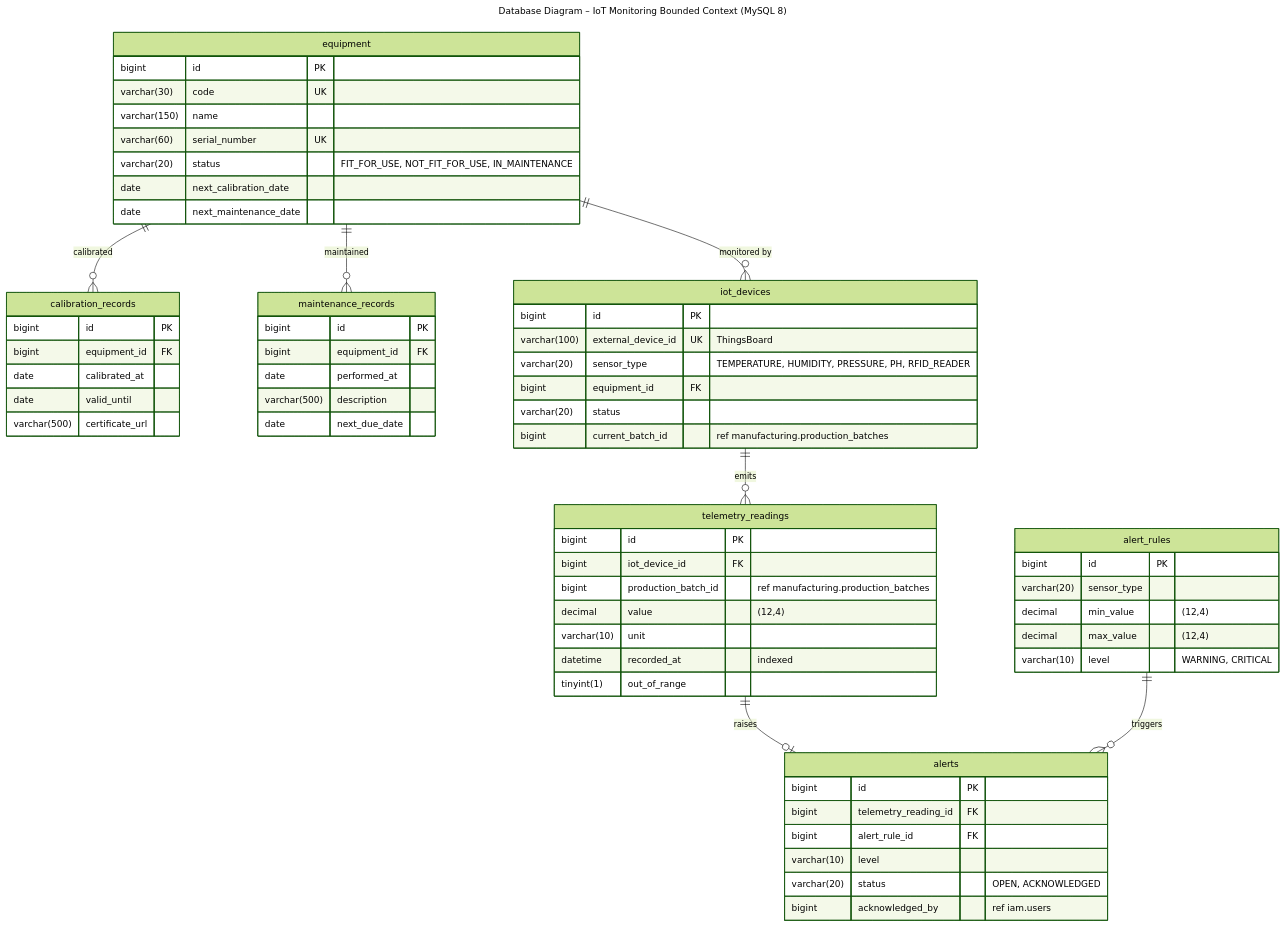
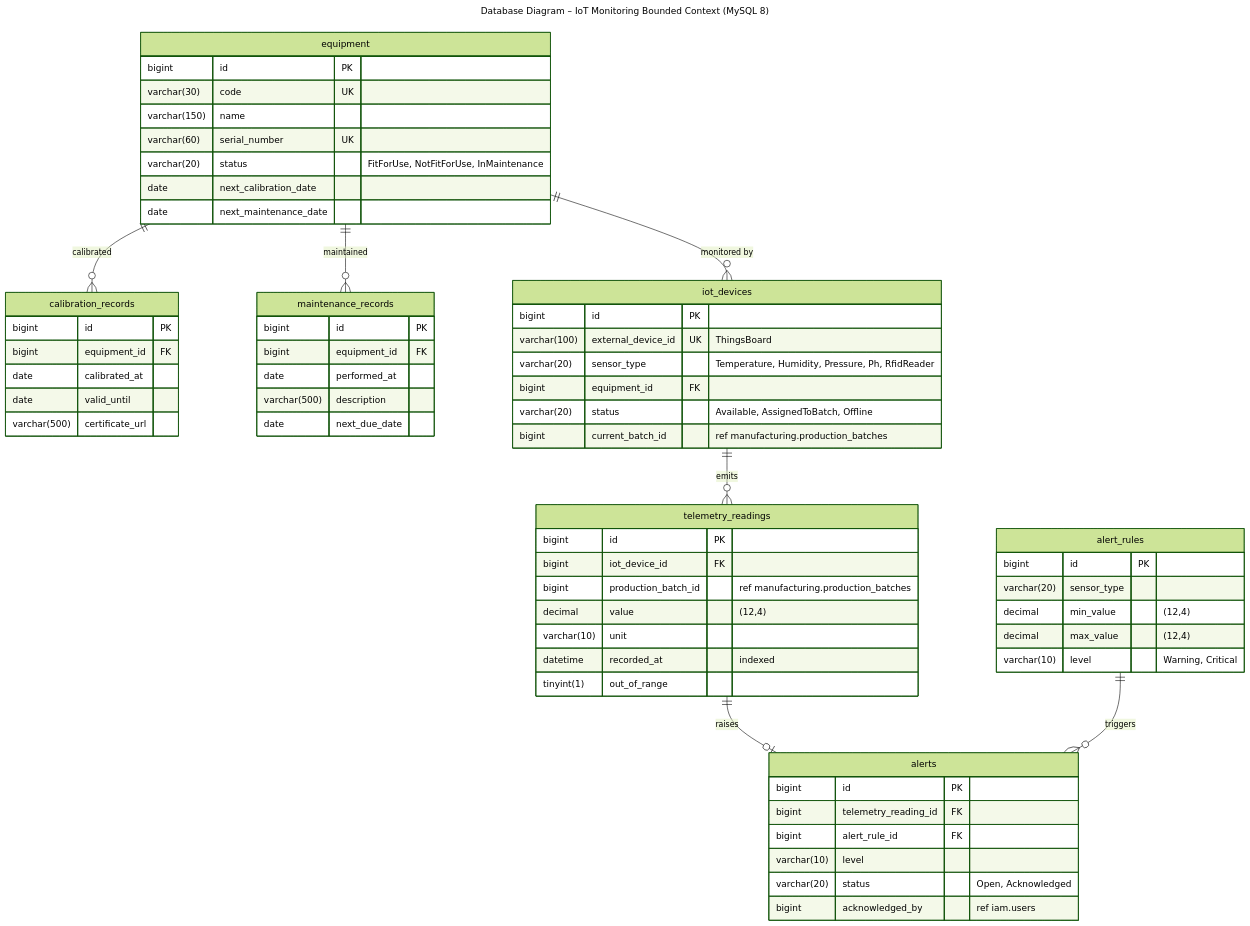
One commit to IngesCompanyCC/IngesCompanyCC-Project-Report changed the diagram in assets/diagrams/mermaid/db-05-iot.mmd. Above: the diagram before and after it, drawn with Mermaid (forest theme). The commit also changed 7 other files, not shown here.

Commit message:
fix(diagrams): store enum values in pascal case and align class enums with the database

```diff
--- a/assets/diagrams/mermaid/db-05-iot.mmd
+++ b/assets/diagrams/mermaid/db-05-iot.mmd
@@ -1,65 +1,65 @@
 ---
 title: "Database Diagram – IoT Monitoring Bounded Context (MySQL 8)"
 ---
 erDiagram
   equipment {
     bigint id PK
     varchar(30) code UK
     varchar(150) name
     varchar(60) serial_number UK
-    varchar(20) status "FIT_FOR_USE, NOT_FIT_FOR_USE, IN_MAINTENANCE"
+    varchar(20) status "FitForUse, NotFitForUse, InMaintenance"
     date next_calibration_date
     date next_maintenance_date
   }
   calibration_records {
     bigint id PK
     bigint equipment_id FK
     date calibrated_at
     date valid_until
     varchar(500) certificate_url
   }
   maintenance_records {
     bigint id PK
     bigint equipment_id FK
     date performed_at
     varchar(500) description
     date next_due_date
   }
   iot_devices {
     bigint id PK
     varchar(100) external_device_id UK "ThingsBoard"
-    varchar(20) sensor_type "TEMPERATURE, HUMIDITY, PRESSURE, PH, RFID_READER"
+    varchar(20) sensor_type "Temperature, Humidity, Pressure, Ph, RfidReader"
     bigint equipment_id FK
-    varchar(20) status
+    varchar(20) status "Available, AssignedToBatch, Offline"
     bigint current_batch_id "ref manufacturing.production_batches"
   }
   telemetry_readings {
     bigint id PK
     bigint iot_device_id FK
     bigint production_batch_id "ref manufacturing.production_batches"
     decimal value "(12,4)"
     varchar(10) unit
     datetime recorded_at "indexed"
     tinyint(1) out_of_range
   }
   alert_rules {
     bigint id PK
     varchar(20) sensor_type
     decimal min_value "(12,4)"
     decimal max_value "(12,4)"
-    varchar(10) level "WARNING, CRITICAL"
+    varchar(10) level "Warning, Critical"
   }
   alerts {
     bigint id PK
     bigint telemetry_reading_id FK
     bigint alert_rule_id FK
     varchar(10) level
-    varchar(20) status "OPEN, ACKNOWLEDGED"
+    varchar(20) status "Open, Acknowledged"
     bigint acknowledged_by "ref iam.users"
   }
   equipment ||--o{ calibration_records : "calibrated"
   equipment ||--o{ maintenance_records : "maintained"
   equipment ||--o{ iot_devices : "monitored by"
   iot_devices ||--o{ telemetry_readings : "emits"
   telemetry_readings ||--o| alerts : "raises"
   alert_rules ||--o{ alerts : "triggers"
```
